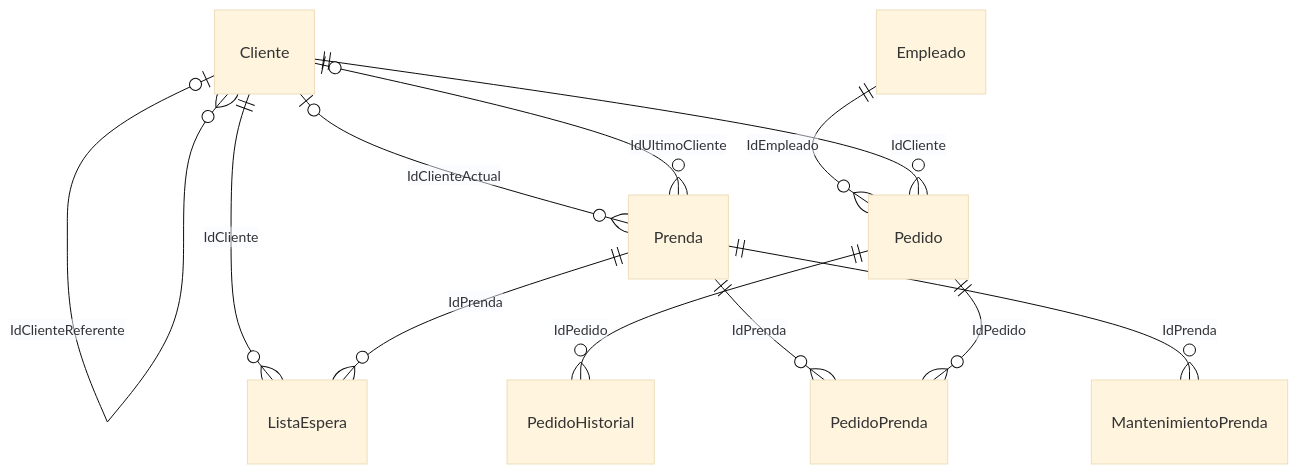
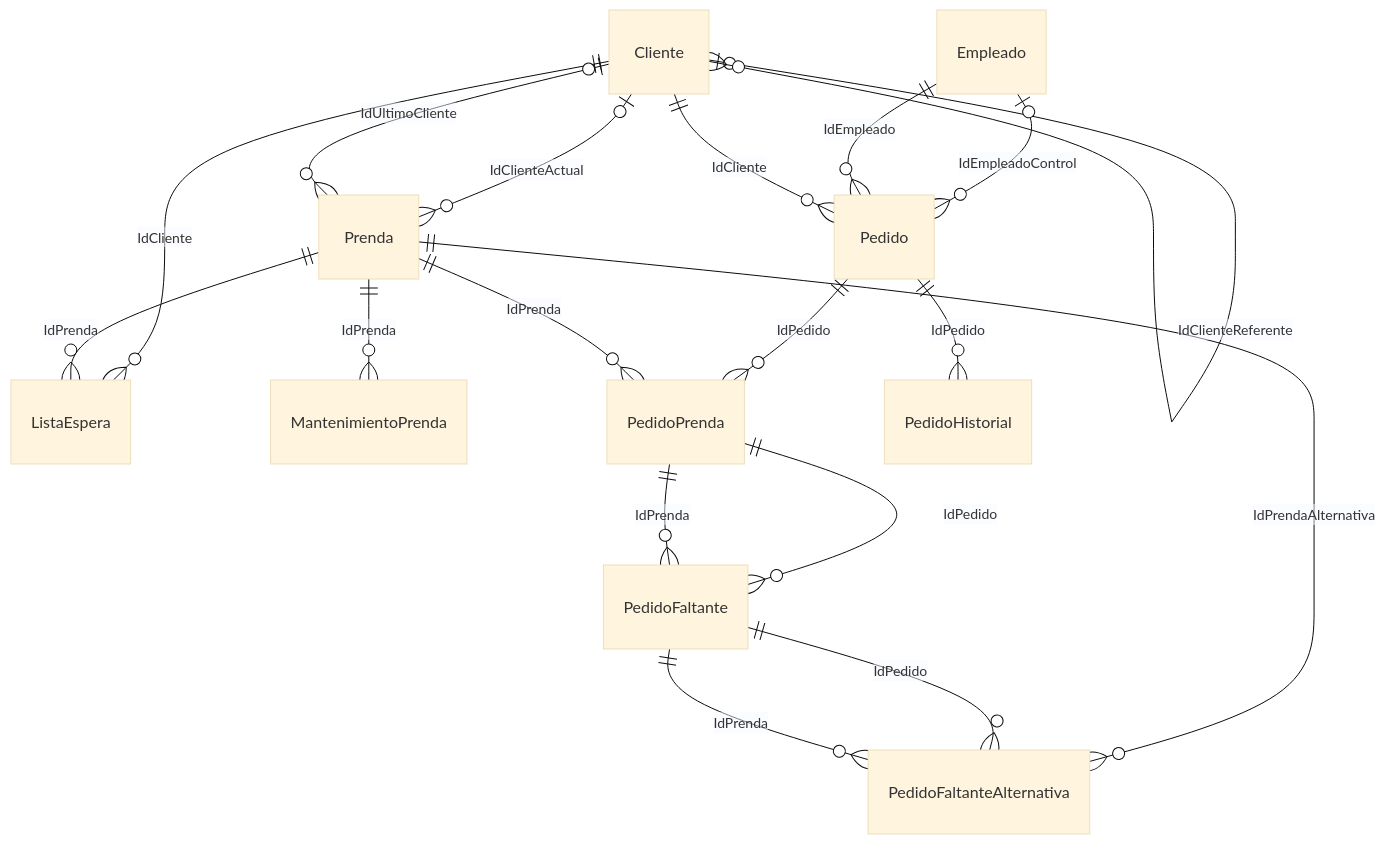
Before and after one commit to valentinamorana/Trabajo-de-Diploma: the diagram in docs/diagramas/mermaid/MC_pn01_pedidos.mmd, drawn with Mermaid (base theme). The commit also changed 88 other files, not shown here.

First line of the commit message:
PN01: el armado del pedido sigue el diagrama de actividad de EA

```diff
--- a/docs/diagramas/mermaid/MC_pn01_pedidos.mmd
+++ b/docs/diagramas/mermaid/MC_pn01_pedidos.mmd
@@ -1,20 +1,28 @@
 erDiagram
   Cliente |o--o{ Cliente : "IdClienteReferente"
   Cliente ||--o{ ListaEspera : "IdCliente"
   Prenda ||--o{ ListaEspera : "IdPrenda"
   Prenda ||--o{ MantenimientoPrenda : "IdPrenda"
+  Empleado |o--o{ Pedido : "IdEmpleadoControl"
   Empleado ||--o{ Pedido : "IdEmpleado"
   Cliente ||--o{ Pedido : "IdCliente"
+  PedidoPrenda ||--o{ PedidoFaltante : "IdPedido"
+  PedidoPrenda ||--o{ PedidoFaltante : "IdPrenda"
+  Prenda ||--o{ PedidoFaltanteAlternativa : "IdPrendaAlternativa"
+  PedidoFaltante ||--o{ PedidoFaltanteAlternativa : "IdPedido"
+  PedidoFaltante ||--o{ PedidoFaltanteAlternativa : "IdPrenda"
   Pedido ||--o{ PedidoHistorial : "IdPedido"
+  Pedido ||--o{ PedidoPrenda : "IdPedido"
   Prenda ||--o{ PedidoPrenda : "IdPrenda"
-  Pedido ||--o{ PedidoPrenda : "IdPedido"
   Cliente |o--o{ Prenda : "IdClienteActual"
   Cliente |o--o{ Prenda : "IdUltimoCliente"
   Cliente
   Empleado
   Pedido
   PedidoPrenda
+  PedidoFaltante
+  PedidoFaltanteAlternativa
   PedidoHistorial
   Prenda
   ListaEspera
   MantenimientoPrenda
```
